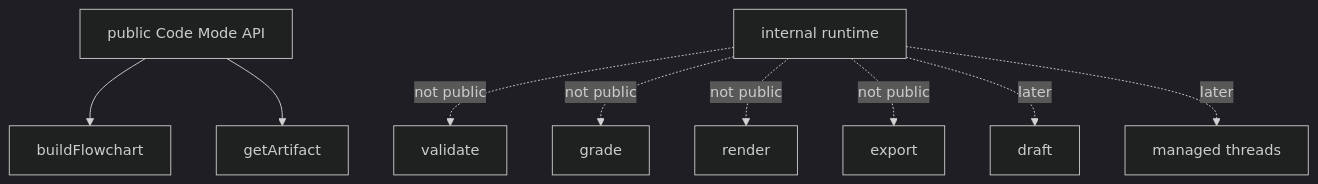
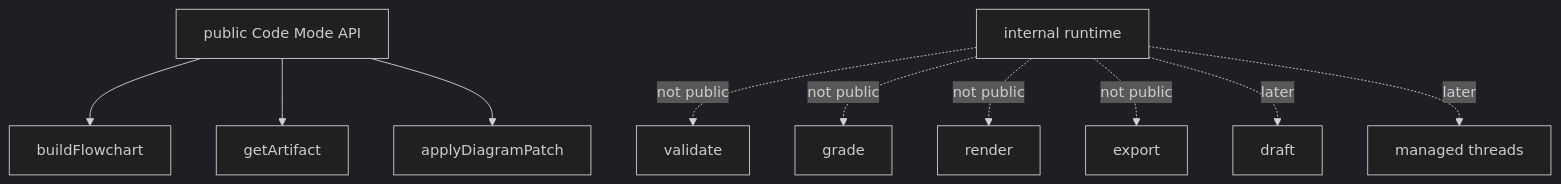
Diagram 17 of 17 in docs/mcp-tool-catalog.md (anand-testcompare/sketchi-v2-lab), drawn with Mermaid (dark theme) before and after one commit. The commit also changed other lines of this file, not shown here.

Commit message:
docs: add diagram patch contract (#30)

````diff
--- a/docs/mcp-tool-catalog.md
+++ b/docs/mcp-tool-catalog.md
@@ -791,15 +1099,16 @@
 ```mermaid
 flowchart TB
   Public["public Code Mode API"]
   Internal["internal runtime"]
 
   Public --> Build["buildFlowchart"]
   Public --> Artifact["getArtifact"]
+  Public --> Patch["applyDiagramPatch"]
 
   Internal -. not public .-> Validate["validate"]
   Internal -. not public .-> Grade["grade"]
   Internal -. not public .-> Render["render"]
   Internal -. not public .-> Export["export"]
   Internal -. later .-> Draft["draft"]
   Internal -. later .-> Threads["managed threads"]
 ```
````
